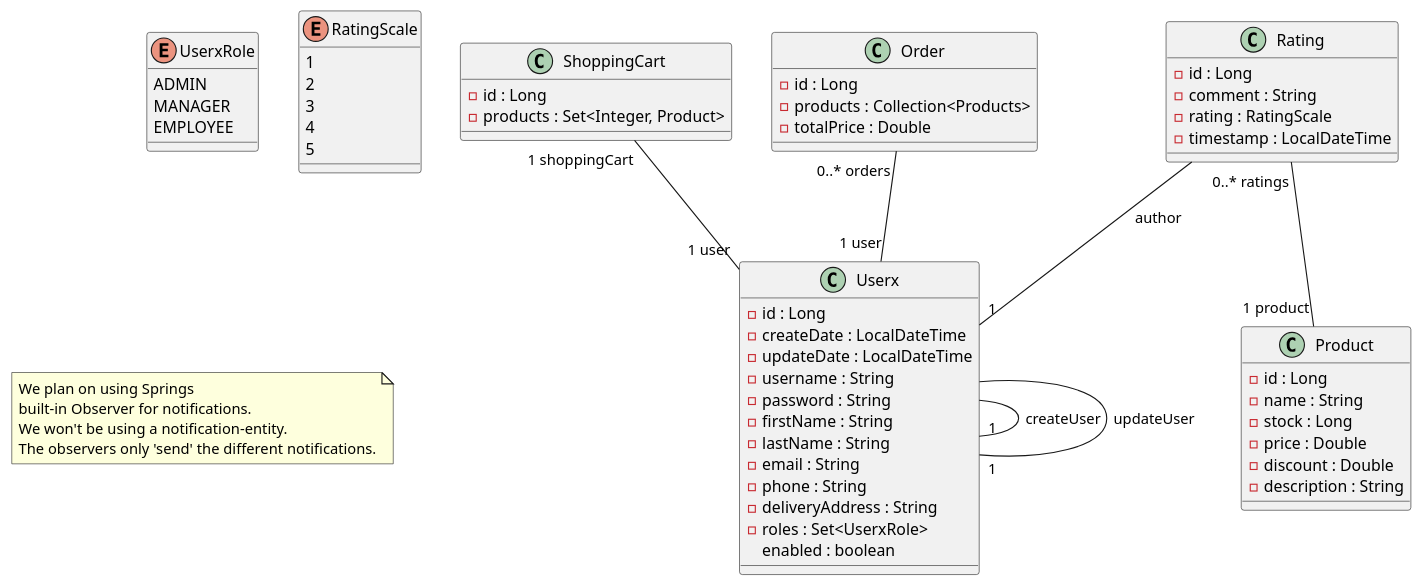
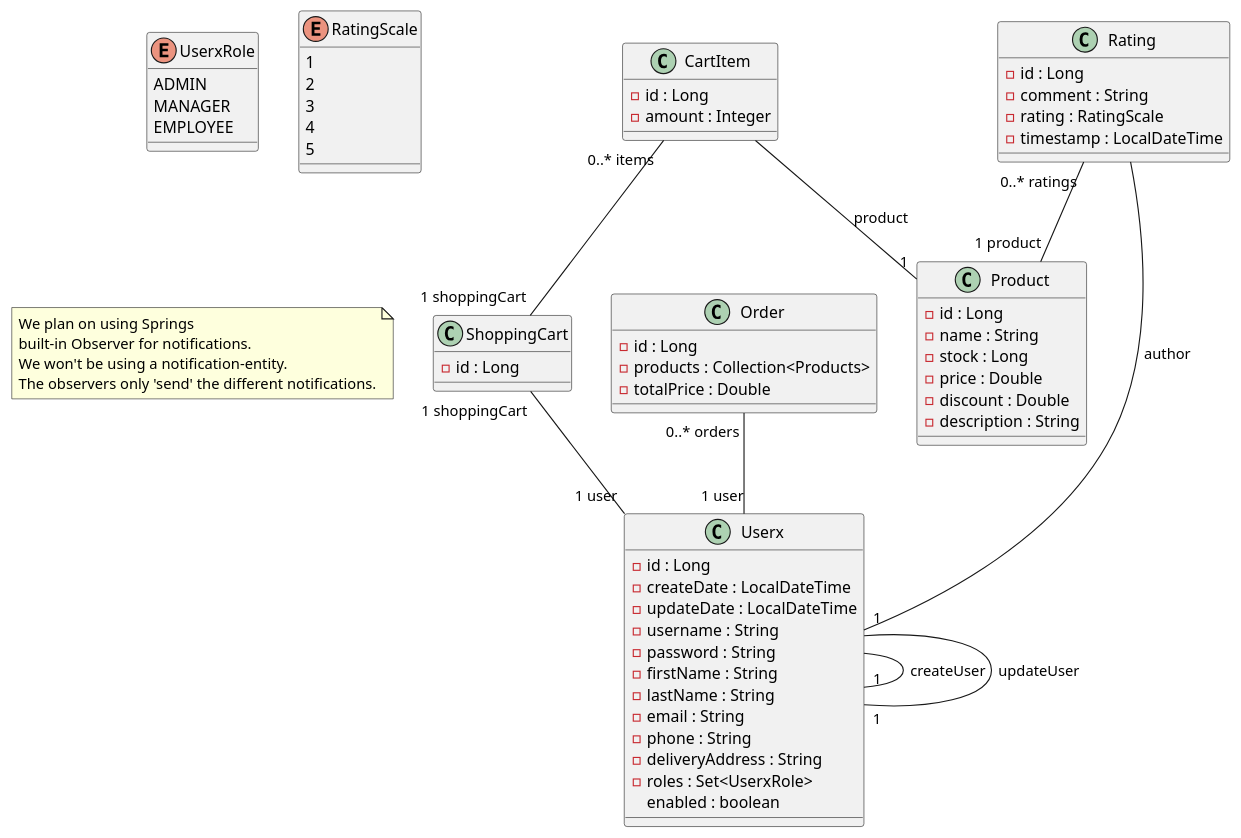
Before and after one commit to ayleen-eden/retro-duck-webshop: the diagram in UML/technical_uml.puml, drawn with PlantUML. The commit also changed 3 other files, not shown here.

Commit message:
added class CartItem for ShoppingCart

```diff
--- a/UML/technical_uml.puml
+++ b/UML/technical_uml.puml
@@ -1,74 +1,79 @@
 @startuml
 
 class Userx {
   - id : Long
   - createDate : LocalDateTime
   - updateDate : LocalDateTime
   - username : String
   - password : String
   - firstName : String
   - lastName : String
   - email : String
   - phone : String
   - deliveryAddress : String
   - roles : Set<UserxRole>
   enabled : boolean
   
 }
 
 Userx -- "1" Userx : createUser
 Userx -- "1" Userx : updateUser
 
 enum UserxRole {
   ADMIN
   MANAGER
   EMPLOYEE
 }
 
 class Product {
  - id : Long
  - name : String
  - stock : Long
  - price : Double
  - discount : Double
  - description : String
 }
 
 
 class ShoppingCart {
  - id : Long
- - products : Set<Integer, Product>
 }
 
 ShoppingCart "1 shoppingCart"  -- "1 user" Userx
 
 class Order {
   - id : Long
   - products : Collection<Products>
   - totalPrice : Double
 }
 
 Order "0..* orders" -- "1 user" Userx
 
 class Rating {
   - id : Long
   - comment : String
   - rating : RatingScale
   - timestamp : LocalDateTime
 }
 
 Rating -- "1" Userx : author
 Rating "0..* ratings" -- "1 product" Product 
 
 enum RatingScale {
   1
   2
   3
   4
   5
 }
 
 note "We plan on using Springs\nbuilt-in Observer for notifications.\nWe won't be using a notification-entity.\nThe observers only 'send' the different notifications." as N1
 
+class CartItem {
+  - id : Long
+  - amount : Integer
+}
+CartItem -- "1" Product : product
+CartItem "0..* items" -- "1 shoppingCart" ShoppingCart
 
 @enduml
```
